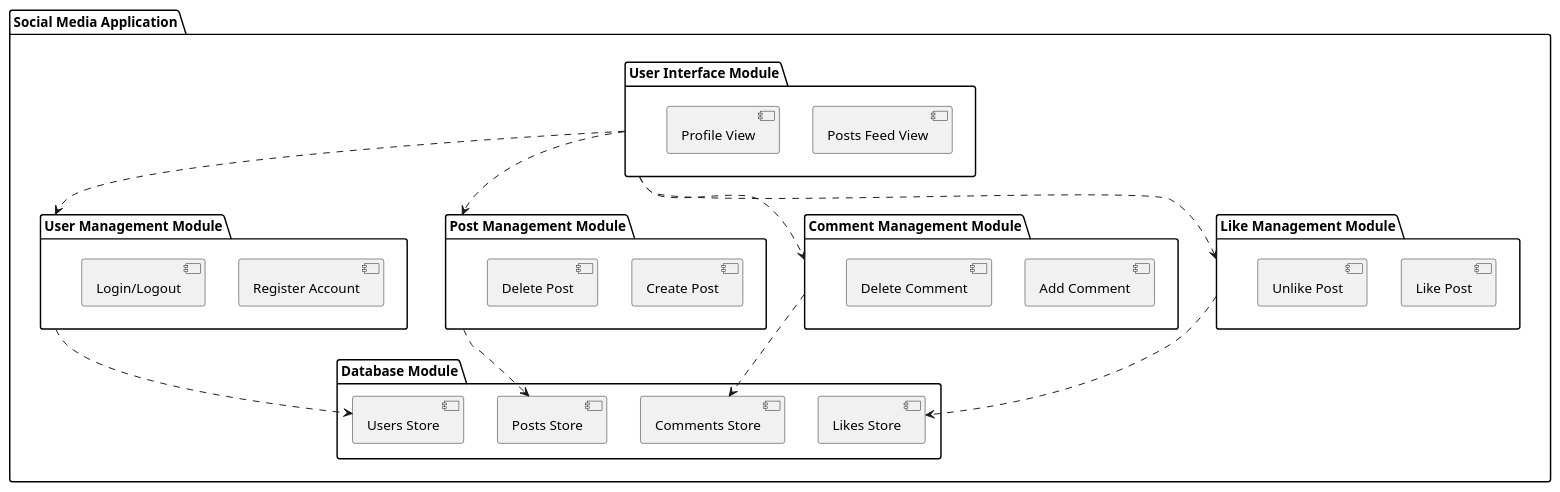
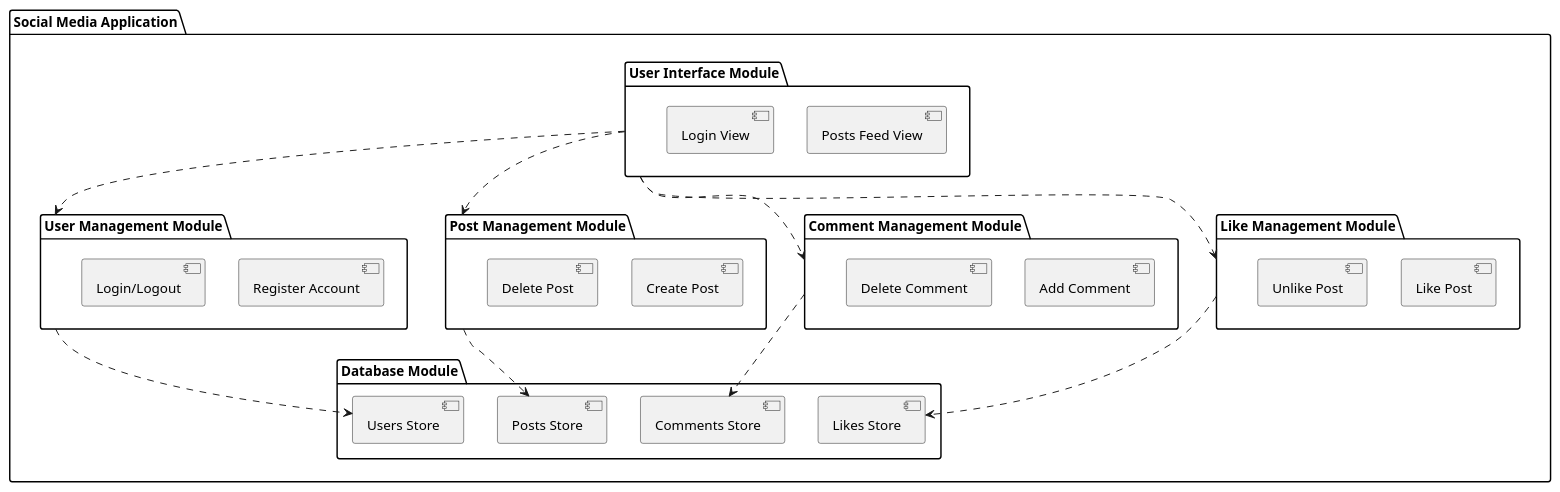
Before and after one commit to kestivvi/social-media: the diagram in docs/6. Dekompozycja Modułowa.md, drawn with PlantUML. The commit also changed other lines of this file and 1 other file, not shown here.

Commit message:
Fix ui decomposition uml

````diff
--- a/docs/6. Dekompozycja Modułowa.md
+++ b/docs/6. Dekompozycja Modułowa.md
@@ -19,49 +20,49 @@
 ```plantUML
 @startuml
 
 package "Social Media Application" {
     package "User Interface Module" {
         [Posts Feed View]
-        [Profile View]
+        [Login View]
     }
 
     package "User Management Module" {
         [Register Account]
         [Login/Logout]
     }
 
     package "Post Management Module" {
         [Create Post]
         [Delete Post]
     }
 
     package "Comment Management Module" {
         [Add Comment]
         [Delete Comment]
     }
 
     package "Like Management Module" {
         [Like Post]
         [Unlike Post]
     }
 
     package "Database Module" {
         [Users Store]
         [Posts Store]
         [Comments Store]
         [Likes Store]
     }
 
     "User Interface Module" ..> "User Management Module"
     "User Interface Module" ..> "Post Management Module"
     "User Interface Module" ..> "Comment Management Module"
     "User Interface Module" ..> "Like Management Module"
 
     "User Management Module" ..> "Users Store"
     "Post Management Module" ..> "Posts Store"
     "Comment Management Module" ..> "Comments Store"
     "Like Management Module" ..> "Likes Store"
 }
 
 @enduml
 ```
````
